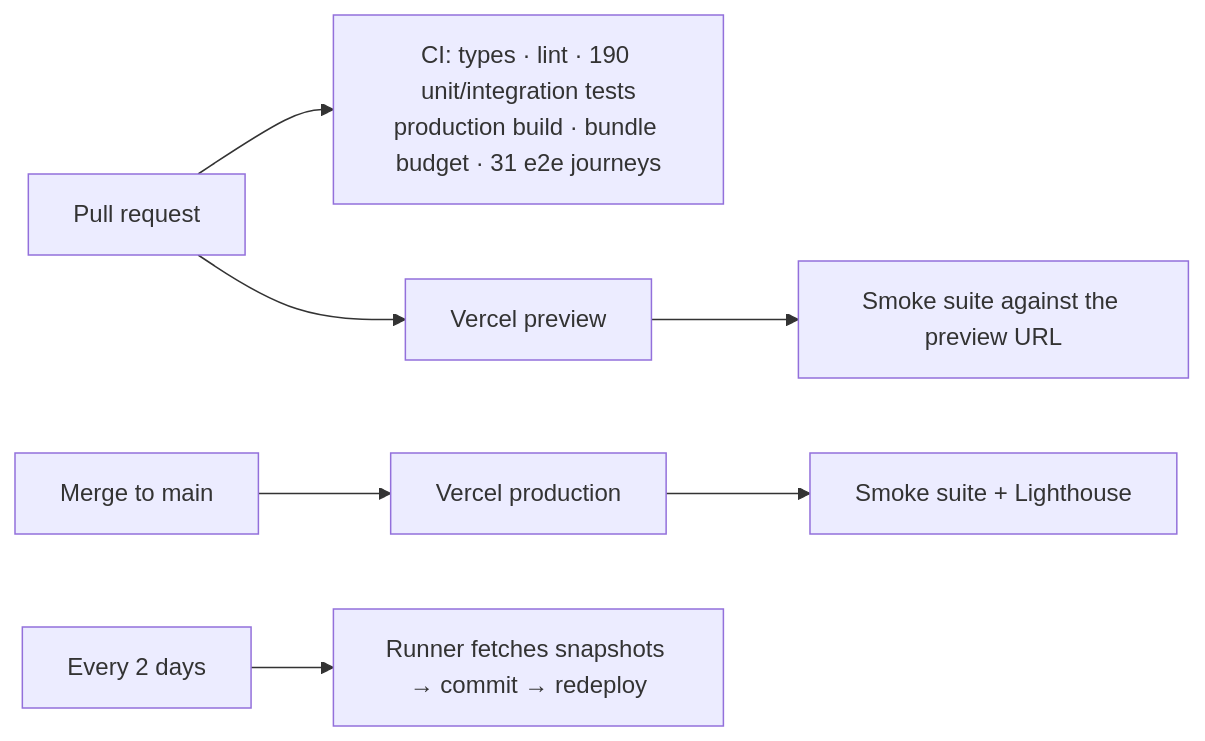
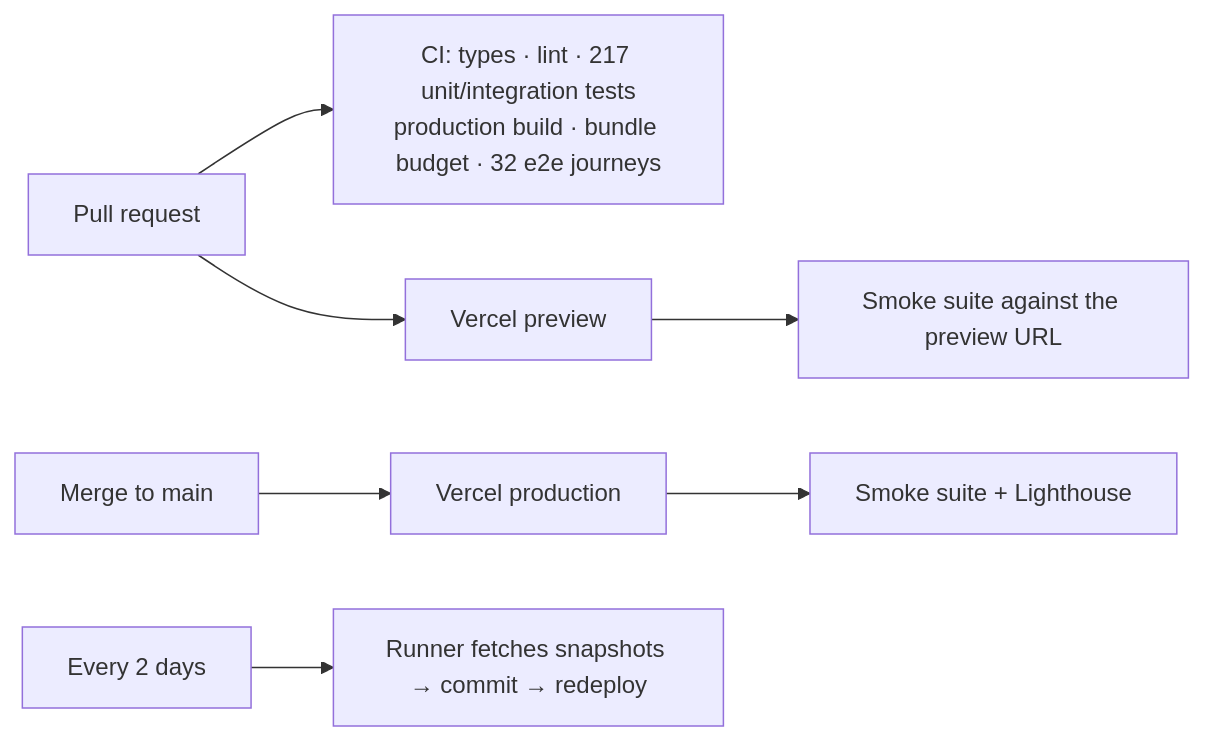
The second of 2 diagrams in README.md (Devligan/orbital-insight), drawn with Mermaid before and after one commit. The commit also changed other lines of this file and 18 other files, not shown here.

````diff
--- a/README.md
+++ b/README.md
@@ -90,7 +101,7 @@
 ```mermaid
 flowchart LR
-  PR["Pull request"] --> CI["CI: types · lint · 190 unit/integration tests<br/>production build · bundle budget · 31 e2e journeys"]
+  PR["Pull request"] --> CI["CI: types · lint · 217 unit/integration tests<br/>production build · bundle budget · 32 e2e journeys"]
   PR --> PREV["Vercel preview"] --> SMOKE["Smoke suite against the preview URL"]
   MAIN["Merge to main"] --> PROD["Vercel production"] --> CHECKS["Smoke suite + Lighthouse"]
   CRON["Every 2 days"] --> DATA["Runner fetches snapshots → commit → redeploy"]
 ```
````
